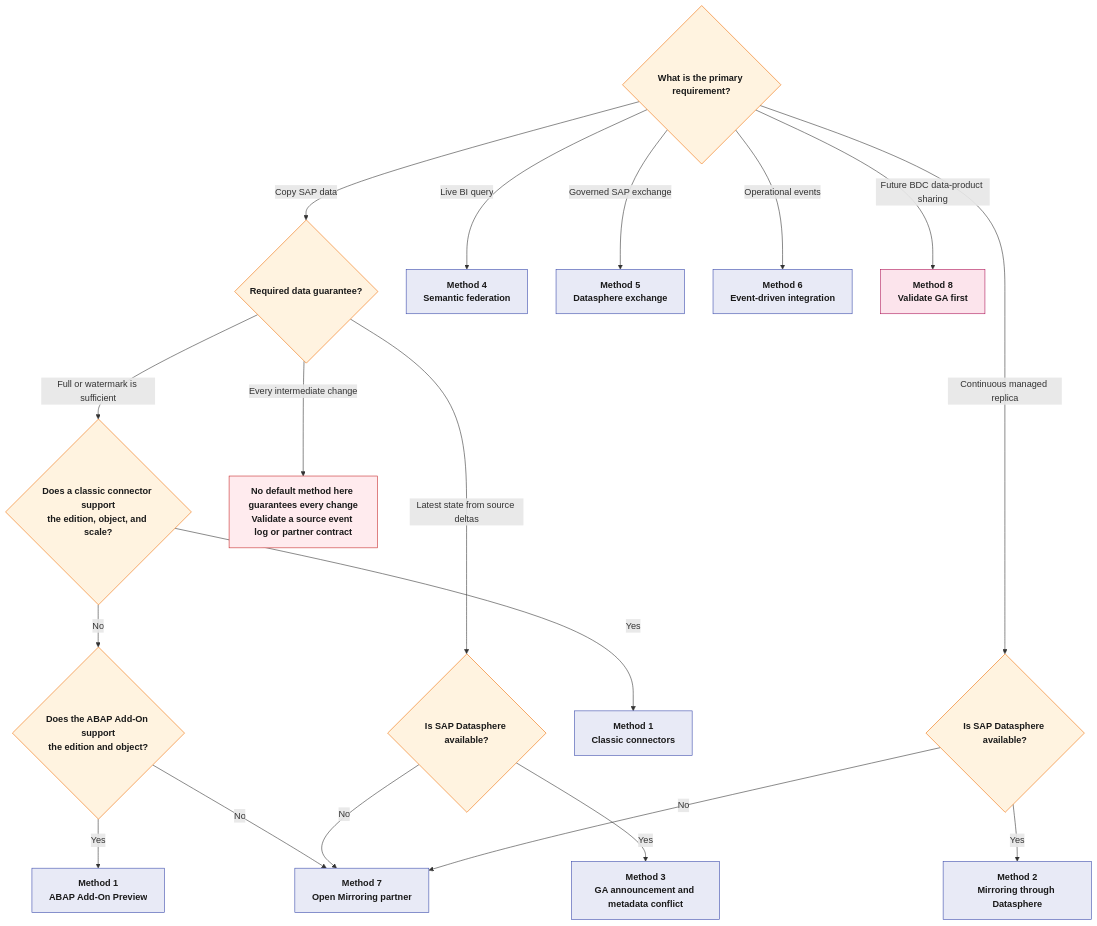
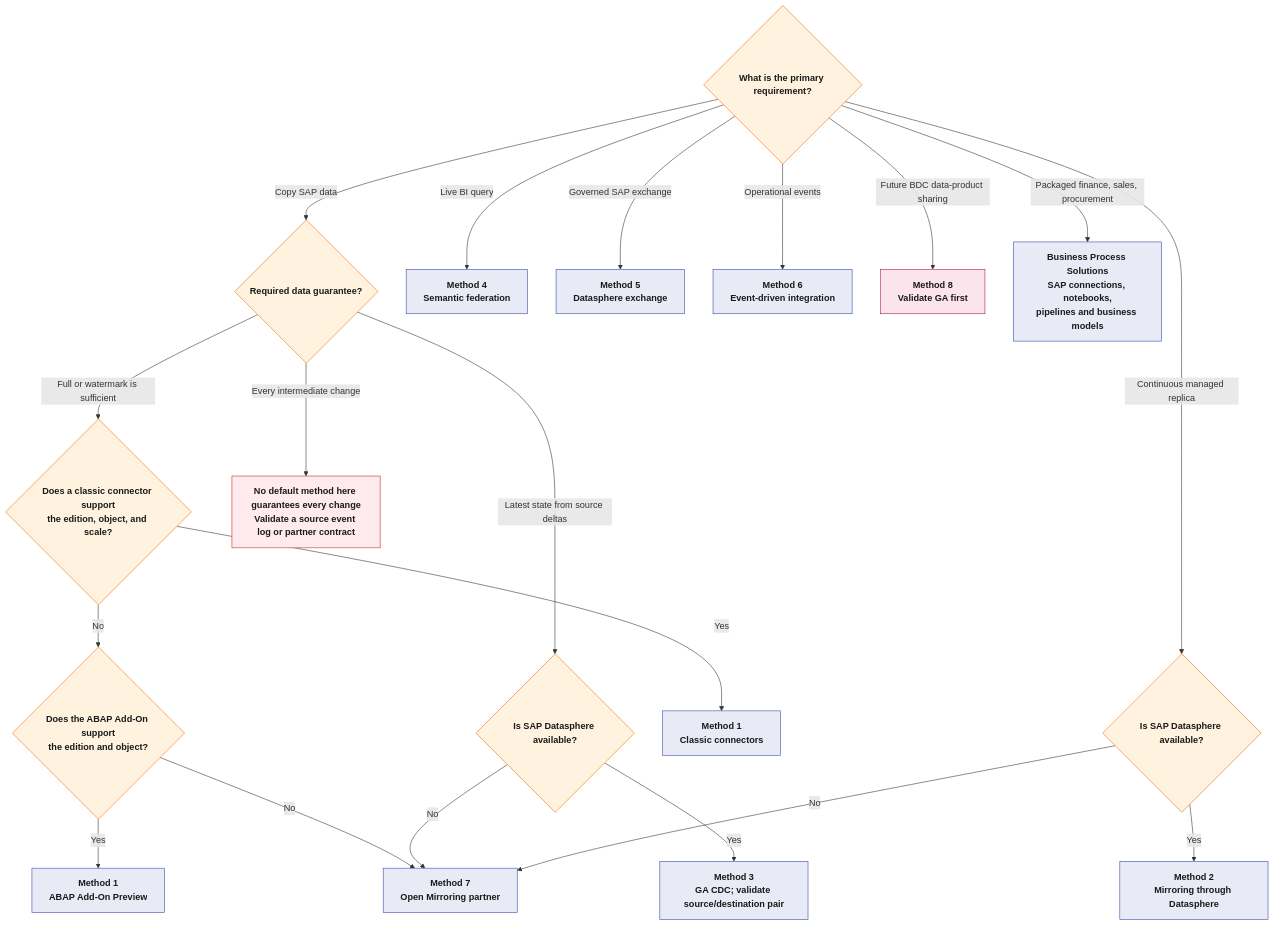
One commit to fredgis/fabric-foundry-kb changed the tenth of 10 diagrams in markdown/SAP_Fabric_Connectivity.md. Above: the diagram before and after it, drawn with Mermaid. The commit also changed other lines of this file and 9 other files, not shown here.

First line of the commit message:
docs(sap): add BPS and FabCon Europe 2026 updates

````diff
--- a/markdown/SAP_Fabric_Connectivity.md
+++ b/markdown/SAP_Fabric_Connectivity.md
@@ -985,36 +1045,37 @@
 ```mermaid
 flowchart TD
     START{"What is the primary requirement?"}
 
     START -->|"Copy SAP data"| GUARANTEE{"Required data guarantee?"}
     START -->|"Continuous managed replica"| MIRRORDS{"Is SAP Datasphere available?"}
     START -->|"Live BI query"| FED["Method 4<br/>Semantic federation"]
     START -->|"Governed SAP exchange"| DSP["Method 5<br/>Datasphere exchange"]
     START -->|"Operational events"| EVENTS["Method 6<br/>Event-driven integration"]
     START -->|"Future BDC data-product sharing"| BDC["Method 8<br/>Validate GA first"]
+    START -->|"Packaged finance, sales, procurement"| BPS["Business Process Solutions<br/>SAP connections, notebooks,<br/>pipelines and business models"]
 
     GUARANTEE -->|"Full or watermark is sufficient"| CLASSIC{"Does a classic connector support<br/>the edition, object, and scale?"}
     GUARANTEE -->|"Latest state from source deltas"| HASDS{"Is SAP Datasphere available?"}
     GUARANTEE -->|"Every intermediate change"| EVENTLOG["No default method here guarantees every change<br/>Validate a source event log or partner contract"]
 
     CLASSIC -->|"Yes"| DF["Method 1<br/>Classic connectors"]
     CLASSIC -->|"No"| ADDON{"Does the ABAP Add-On support<br/>the edition and object?"}
     ADDON -->|"Yes"| ABAP["Method 1<br/>ABAP Add-On Preview"]
     ADDON -->|"No"| OPEN["Method 7<br/>Open Mirroring partner"]
 
-    HASDS -->|"Yes"| COPYCDC["Method 3<br/>GA announcement and metadata conflict"]
+    HASDS -->|"Yes"| COPYCDC["Method 3<br/>GA CDC; validate source/destination pair"]
     HASDS -->|"No"| OPEN
 
     MIRRORDS -->|"Yes"| MIRROR["Method 2<br/>Mirroring through Datasphere"]
     MIRRORDS -->|"No"| OPEN
 
     classDef decision fill:#FFF3E0,stroke:#EF6C00,color:#1a1a1a,font-weight:bold
     classDef method fill:#E8EAF6,stroke:#3949AB,color:#1a1a1a,font-weight:bold
     classDef planned fill:#FCE4EC,stroke:#AD1457,color:#1a1a1a,font-weight:bold
     classDef gap fill:#FFEBEE,stroke:#C62828,color:#1a1a1a,font-weight:bold
 
     class START,GUARANTEE,CLASSIC,ADDON,HASDS,MIRRORDS decision
-    class MIRROR,FED,EVENTS,OPEN,COPYCDC,DSP,DF,ABAP method
+    class MIRROR,FED,EVENTS,OPEN,COPYCDC,DSP,DF,ABAP,BPS method
     class BDC planned
     class EVENTLOG gap
 ```
````
